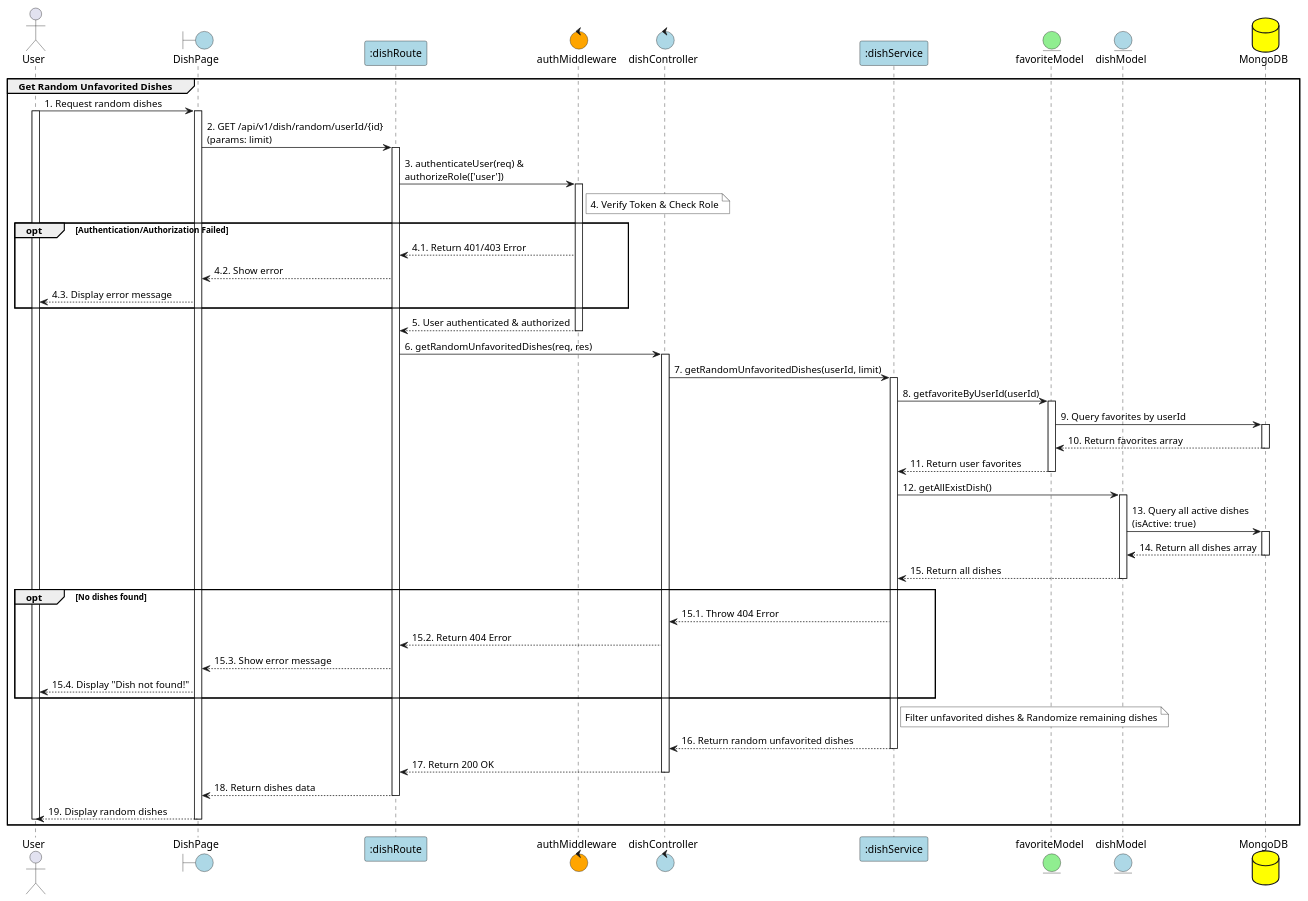
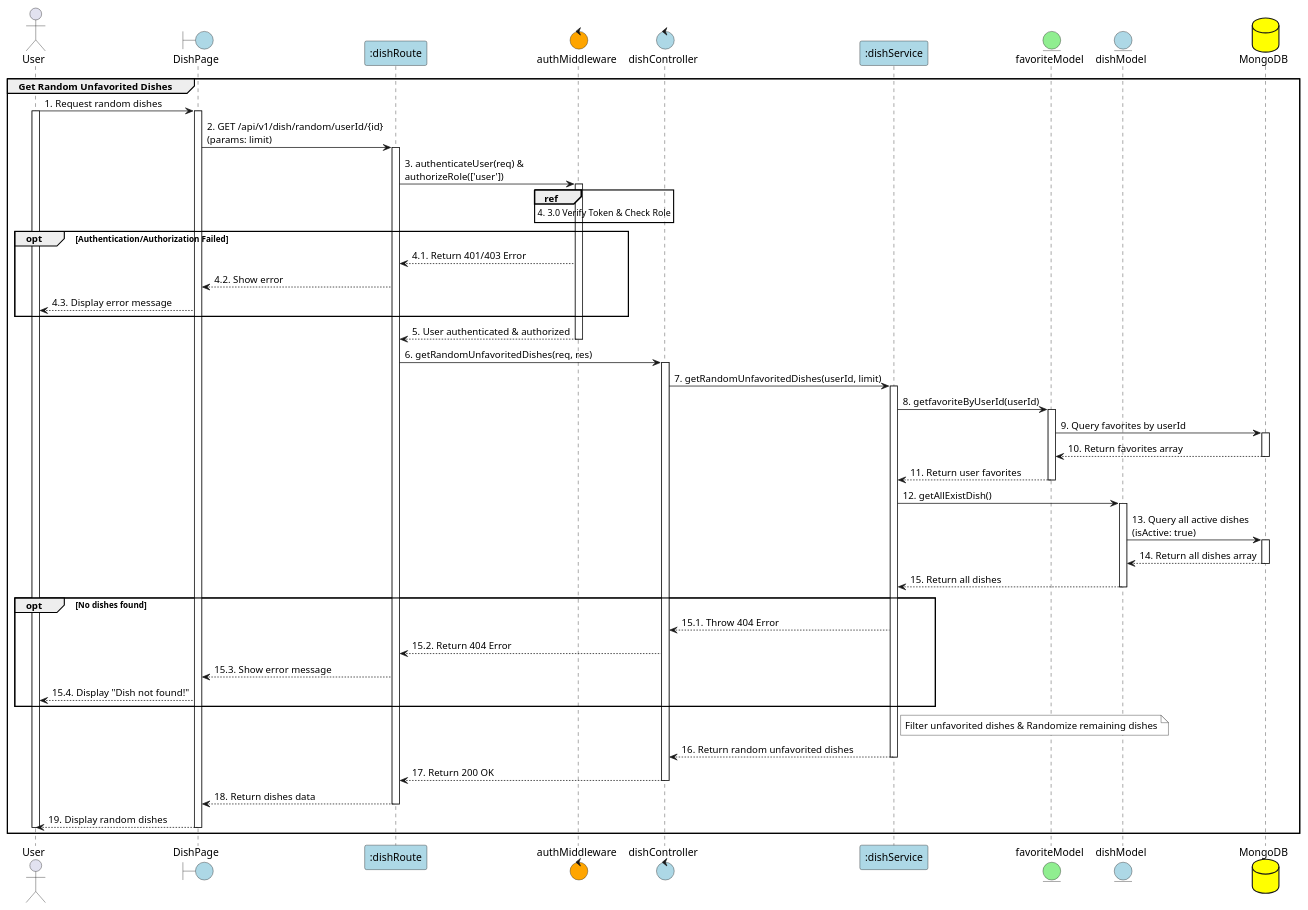
The diagram in PlanUML/new/UC-25_randomDish.puml (Aohkne/CaloCook), drawn with PlantUML before and after one commit. The commit also changed 2 other files, not shown here.

```diff
--- a/PlanUML/new/UC-25_randomDish.puml
+++ b/PlanUML/new/UC-25_randomDish.puml
@@ -1,91 +1,89 @@
 @startuml Get Random Unfavorited Dishes
 
 actor User as "User"
 boundary "DishPage" as View #lightblue
 participant ":dishRoute" as Route #lightblue
 control "authMiddleware" as Auth #orange
 control "dishController" as Controller #lightblue
 participant ":dishService" as Service #lightblue
 entity "favoriteModel" as FavoriteModel #lightgreen
 entity "dishModel" as DishModel #lightblue
 database "MongoDB" as MongoDB #yellow
 
 Group Get Random Unfavorited Dishes
 User -> View: 1. Request random dishes
 activate User
 activate View
 
 View -> Route: 2. GET /api/v1/dish/random/userId/{id}\n(params: limit)
 activate Route
 
 Route -> Auth: 3. authenticateUser(req) &\nauthorizeRole(['user'])
 activate Auth
 
-note right of Auth #white
-  4. Verify Token & Check Role
-end note
+ref over Auth : 4. 3.0 Verify Token & Check Role
 
 opt Authentication/Authorization Failed
     Auth --> Route: 4.1. Return 401/403 Error
     Route --> View: 4.2. Show error
     View --> User: 4.3. Display error message
 end
 
 Auth --> Route: 5. User authenticated & authorized
 deactivate Auth
 
 Route -> Controller: 6. getRandomUnfavoritedDishes(req, res)
 activate Controller
 
 Controller -> Service: 7. getRandomUnfavoritedDishes(userId, limit)
 activate Service
 
 Service -> FavoriteModel: 8. getfavoriteByUserId(userId)
 activate FavoriteModel
 
 FavoriteModel -> MongoDB: 9. Query favorites by userId
 activate MongoDB
 MongoDB --> FavoriteModel: 10. Return favorites array
 deactivate MongoDB
 
 FavoriteModel --> Service: 11. Return user favorites
 deactivate FavoriteModel
 
 Service -> DishModel: 12. getAllExistDish()
 activate DishModel
 
 DishModel -> MongoDB: 13. Query all active dishes\n(isActive: true)
 activate MongoDB
 MongoDB --> DishModel: 14. Return all dishes array
 deactivate MongoDB
 
 DishModel --> Service: 15. Return all dishes
 deactivate DishModel
 
 opt No dishes found
     Service --> Controller: 15.1. Throw 404 Error
     Controller --> Route: 15.2. Return 404 Error
     Route --> View: 15.3. Show error message
     View --> User: 15.4. Display "Dish not found!"
 end
 
 note right of Service #white
 Filter unfavorited dishes & Randomize remaining dishes
 end note
 
 Service --> Controller: 16. Return random unfavorited dishes
 deactivate Service
 
 Controller --> Route: 17. Return 200 OK
 deactivate Controller
 
 Route --> View: 18. Return dishes data
 deactivate Route
 
 View --> User: 19. Display random dishes
 deactivate User
 deactivate View
 
 end
 
 @enduml
```
